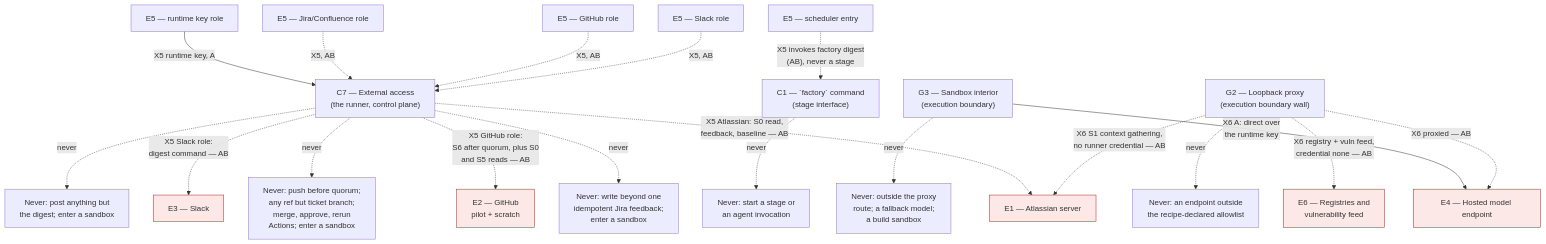
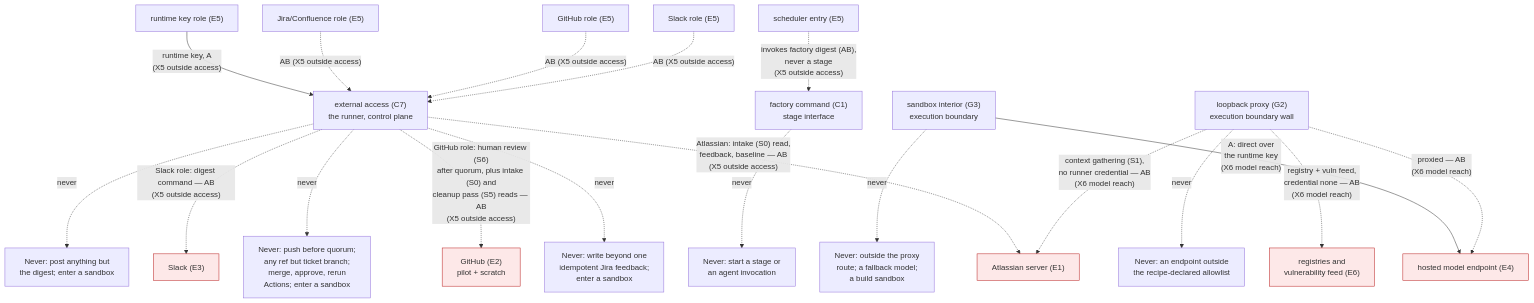
Before and after one commit to abhishekthakur7/software-factory: the second of 2 diagrams in docs/design/hld/L2-external-systems.md, drawn with Mermaid. The commit also changed other lines of this file and 9 other files, not shown here.

Commit message:
Name every code on the HLD pictures; add the short-name legend and fix the broken sequence diagram

````diff
--- a/docs/design/hld/L2-external-systems.md
+++ b/docs/design/hld/L2-external-systems.md
@@ -86,48 +88,48 @@
 ```mermaid
 flowchart TB
-  E5_runtime["E5 — runtime key role"]
-  E5_atlassian["E5 — Jira/Confluence role"]
-  E5_github["E5 — GitHub role"]
-  E5_slack["E5 — Slack role"]
-  E5_sched["E5 — scheduler entry"]
+  E5_runtime["runtime key role (E5)"]
+  E5_atlassian["Jira/Confluence role (E5)"]
+  E5_github["GitHub role (E5)"]
+  E5_slack["Slack role (E5)"]
+  E5_sched["scheduler entry (E5)"]
 
-  C7["C7 — External access<br/>(the runner, control plane)"]
-  C1["C1 — `factory` command<br/>(stage interface)"]
-  G3["G3 — Sandbox interior<br/>(execution boundary)"]
-  G2["G2 — Loopback proxy<br/>(execution boundary wall)"]
+  C7["external access (C7)<br/>the runner, control plane"]
+  C1["factory command (C1)<br/>stage interface"]
+  G3["sandbox interior (G3)<br/>execution boundary"]
+  G2["loopback proxy (G2)<br/>execution boundary wall"]
 
-  E4["E4 — Hosted model endpoint"]
-  E1["E1 — Atlassian server"]
-  E2_pilot["E2 — GitHub<br/>pilot + scratch"]
-  E3["E3 — Slack"]
-  E6["E6 — Registries and<br/>vulnerability feed"]
+  E4["hosted model endpoint (E4)"]
+  E1["Atlassian server (E1)"]
+  E2_pilot["GitHub (E2)<br/>pilot + scratch"]
+  E3["Slack (E3)"]
+  E6["registries and<br/>vulnerability feed (E6)"]
 
-  E5_runtime -->|"X5 runtime key, A"| C7
-  E5_atlassian -.->|"X5, AB"| C7
-  E5_github -.->|"X5, AB"| C7
-  E5_slack -.->|"X5, AB"| C7
+  E5_runtime -->|"runtime key, A<br/>(X5 outside access)"| C7
+  E5_atlassian -.->|"AB (X5 outside access)"| C7
+  E5_github -.->|"AB (X5 outside access)"| C7
+  E5_slack -.->|"AB (X5 outside access)"| C7
 
-  C7 -.->|"X5 Atlassian: S0 read,<br/>feedback, baseline — AB"| E1
+  C7 -.->|"Atlassian: intake (S0) read,<br/>feedback, baseline — AB<br/>(X5 outside access)"| E1
   C7 -.->|"never"| N2["Never: write beyond one<br/>idempotent Jira feedback;<br/>enter a sandbox"]
 
-  C7 -.->|"X5 GitHub role:<br/>S6 after quorum, plus S0<br/>and S5 reads — AB"| E2_pilot
+  C7 -.->|"GitHub role: human review (S6)<br/>after quorum, plus intake (S0) and<br/>cleanup pass (S5) reads — AB<br/>(X5 outside access)"| E2_pilot
   C7 -.->|"never"| N3["Never: push before quorum;<br/>any ref but ticket branch;<br/>merge, approve, rerun<br/>Actions; enter a sandbox"]
 
-  C7 -.->|"X5 Slack role:<br/>digest command — AB"| E3
+  C7 -.->|"Slack role: digest command — AB<br/>(X5 outside access)"| E3
   C7 -.->|"never"| N4["Never: post anything but<br/>the digest; enter a sandbox"]
 
-  E5_sched -.->|"X5 invokes factory digest<br/>(AB), never a stage"| C1
+  E5_sched -.->|"invokes factory digest (AB),<br/>never a stage<br/>(X5 outside access)"| C1
   C1 -.->|"never"| N6["Never: start a stage or<br/>an agent invocation"]
 
-  G3 -->|"X6 A: direct over<br/>the runtime key"| E4
-  G2 -.->|"X6 proxied — AB"| E4
+  G3 -->|"A: direct over<br/>the runtime key<br/>(X6 model reach)"| E4
+  G2 -.->|"proxied — AB<br/>(X6 model reach)"| E4
   G3 -.->|"never"| N1["Never: outside the proxy<br/>route; a fallback model;<br/>a build sandbox"]
 
-  G2 -.->|"X6 S1 context gathering,<br/>no runner credential — AB"| E1
+  G2 -.->|"context gathering (S1),<br/>no runner credential — AB<br/>(X6 model reach)"| E1
 
-  G2 -.->|"X6 registry + vuln feed,<br/>credential none — AB"| E6
+  G2 -.->|"registry + vuln feed,<br/>credential none — AB<br/>(X6 model reach)"| E6
   G2 -.->|"never"| N5["Never: an endpoint outside<br/>the recipe-declared allowlist"]
 
   classDef untrusted fill:#fde8e8,stroke:#b91c1c
   class E4,E1,E2_pilot,E3,E6 untrusted
 ```
````
